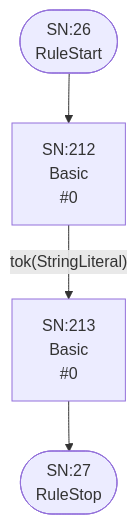
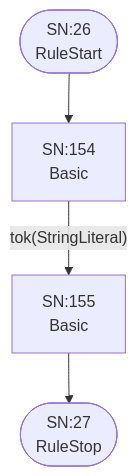
Before and after one commit to TypeFox/fastbelt: diagram 14 of 25 in internal/grammar/atn.md, drawn with Mermaid. The commit also changed other lines of this file and 7 other files, not shown here.

````diff
--- a/internal/grammar/atn.md
+++ b/internal/grammar/atn.md
@@ -447,11 +447,11 @@
 ```mermaid
 flowchart TD
     q26(["SN:26<br/>RuleStart"])
     q27(["SN:27<br/>RuleStop"])
-    q212["SN:212<br/>Basic<br/> #0"]
-    q213["SN:213<br/>Basic<br/> #0"]
+    q154["SN:154<br/>Basic<br/>"]
+    q155["SN:155<br/>Basic<br/>"]
 
-    q26 --> q212
-    q212 -->|"tok(StringLiteral)"| q213
-    q213 --> q27
+    q26 --> q154
+    q154 -->|"tok(StringLiteral)"| q155
+    q155 --> q27
 ```
````
